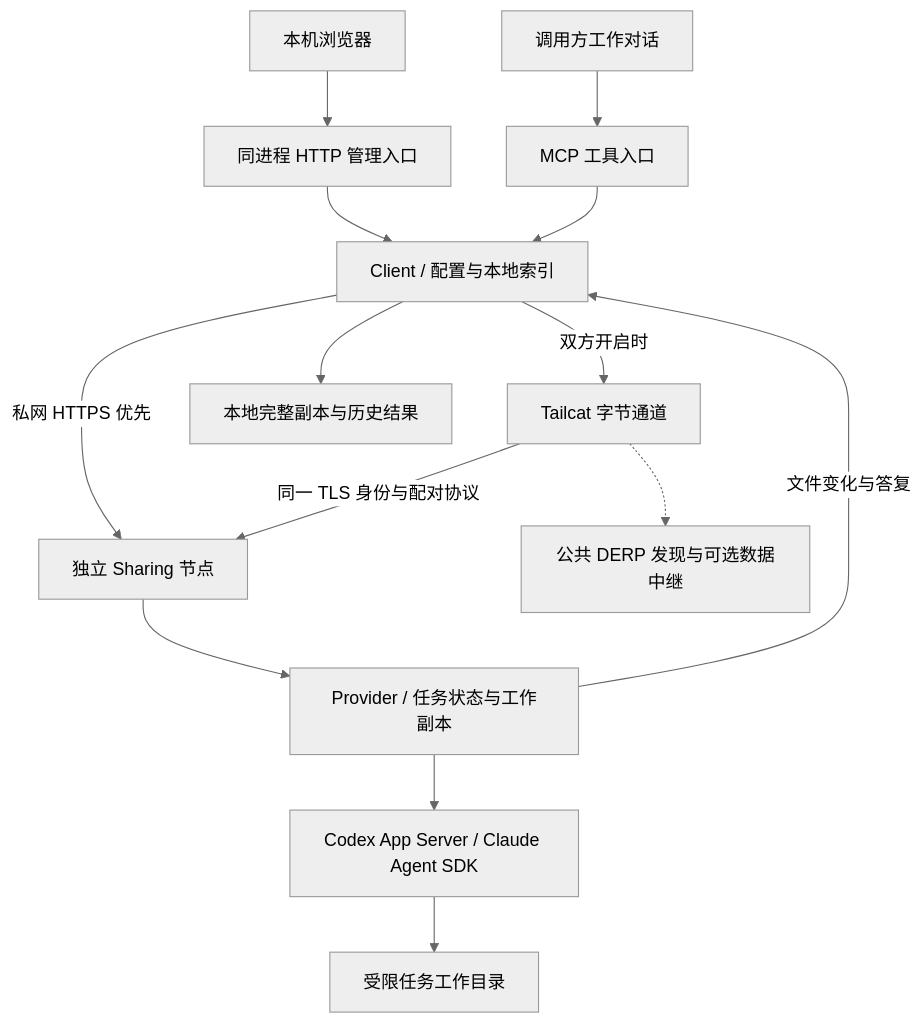
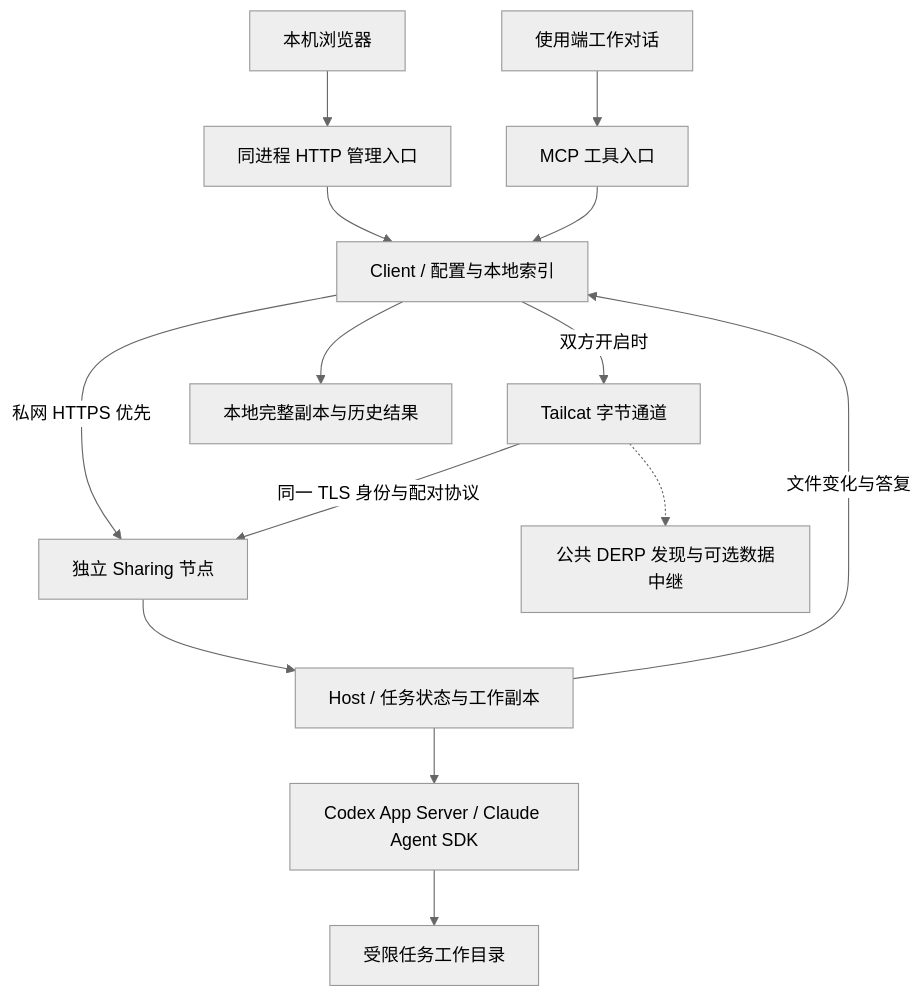
Before and after one commit to mekoand/sub2sub: the diagram in docs/architecture.md, drawn with Mermaid (neutral theme). The commit also changed other lines of this file and 39 other files, not shown here.

````diff
--- a/docs/architecture.md
+++ b/docs/architecture.md
@@ -7,16 +7,16 @@
 ```mermaid
 flowchart TB
-    U[调用方工作对话] --> M[MCP 工具入口]
+    U[使用端工作对话] --> M[MCP 工具入口]
     B[本机浏览器] --> H[同进程 HTTP 管理入口]
     H --> C
     M --> C[Client / 配置与本地索引]
     C -->|私网 HTTPS 优先| S[独立 Sharing 节点]
     C -->|双方开启时| T[Tailcat 字节通道]
     T -->|同一 TLS 身份与配对协议| S
     T -.-> D[公共 DERP 发现与可选数据中继]
-    S --> P[Provider / 任务状态与工作副本]
+    S --> P[Host / 任务状态与工作副本]
     P --> A[Codex App Server / Claude Agent SDK]
     A --> W[受限任务工作目录]
     P -->|文件变化与答复| C
     C --> L[本地完整副本与历史结果]
 ```
````
